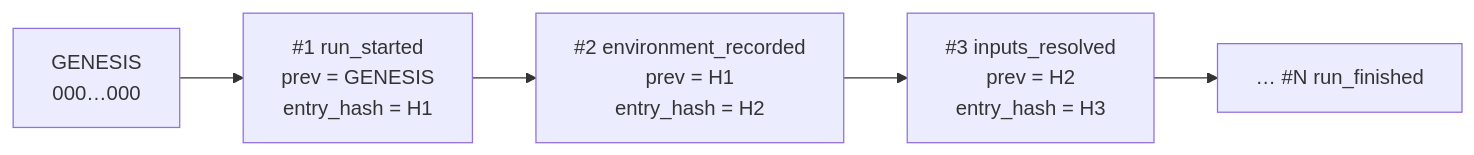
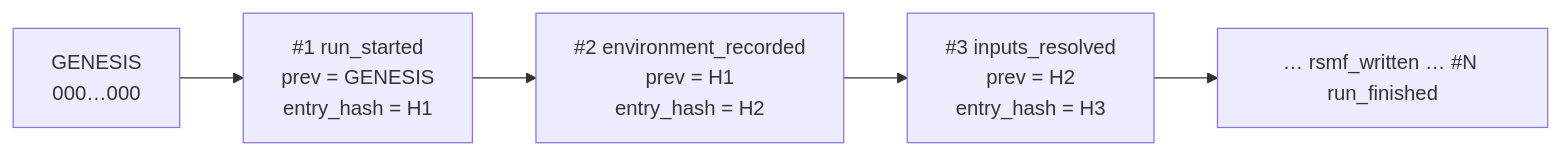
One commit to Panacota96/rv-rsmf changed the first of 4 diagrams in docs/forensic-audit.md. Above: the diagram before and after it, drawn with Mermaid. The commit also changed other lines of this file and 12 other files, not shown here.

````diff
--- a/docs/forensic-audit.md
+++ b/docs/forensic-audit.md
@@ -16,7 +18,7 @@
 ```mermaid
 flowchart LR
     G["GENESIS<br/>000…000"] --> E1
     E1["#1 run_started<br/>prev = GENESIS<br/>entry_hash = H1"] --> E2
     E2["#2 environment_recorded<br/>prev = H1<br/>entry_hash = H2"] --> E3
-    E3["#3 inputs_resolved<br/>prev = H2<br/>entry_hash = H3"] --> EN["… #N run_finished"]
+    E3["#3 inputs_resolved<br/>prev = H2<br/>entry_hash = H3"] --> EN["… rsmf_written … #N run_finished"]
 ```
````
